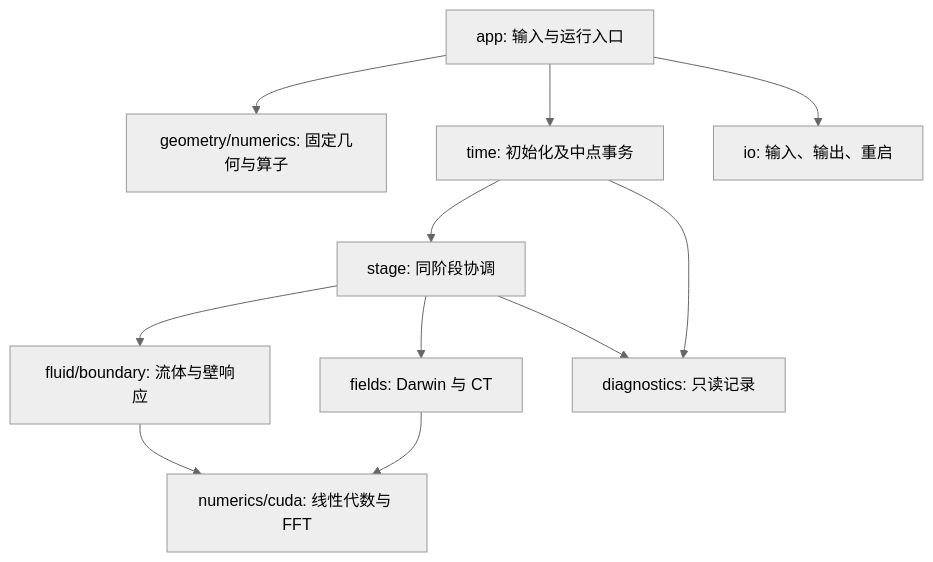
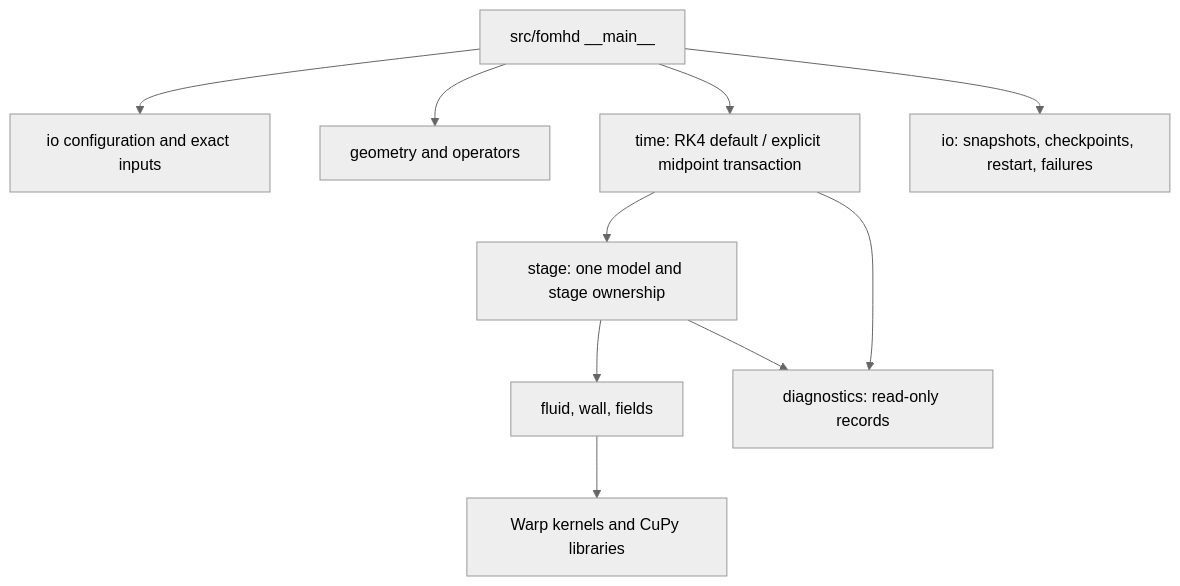
One commit to ziyu59151/fomhd changed the diagram in docs/pseudocode/README.md. Above: the diagram before and after it, drawn with Mermaid (neutral theme). The commit also changed other lines of this file and 202 other files, not shown here.

````diff
--- a/docs/pseudocode/README.md
+++ b/docs/pseudocode/README.md
@@ -74,13 +73,12 @@
 ```mermaid
 flowchart TD
-    app[app: 输入与运行入口] --> geom[geometry/numerics: 固定几何与算子]
-    app --> time[time: 初始化及中点事务]
-    time --> stage[stage: 同阶段协调]
-    stage --> fluid[fluid/boundary: 流体与壁响应]
-    stage --> field[fields: Darwin 与 CT]
-    fluid --> num[numerics/cuda: 线性代数与 FFT]
-    field --> num
-    stage --> diag[diagnostics: 只读记录]
+    cli[src/fomhd __main__] --> load[io configuration and exact inputs]
+    cli --> geom[geometry and operators]
+    cli --> time[time: RK4 default / explicit midpoint transaction]
+    time --> stage[stage: one model and stage ownership]
+    stage --> fluid[fluid, wall, fields]
+    fluid --> backend[Warp kernels and CuPy libraries]
+    stage --> diag[diagnostics: read-only records]
     time --> diag
-    app --> io[io: 输入、输出、重启]
+    cli --> runio[io: snapshots, checkpoints, restart, failures]
 ```
````
